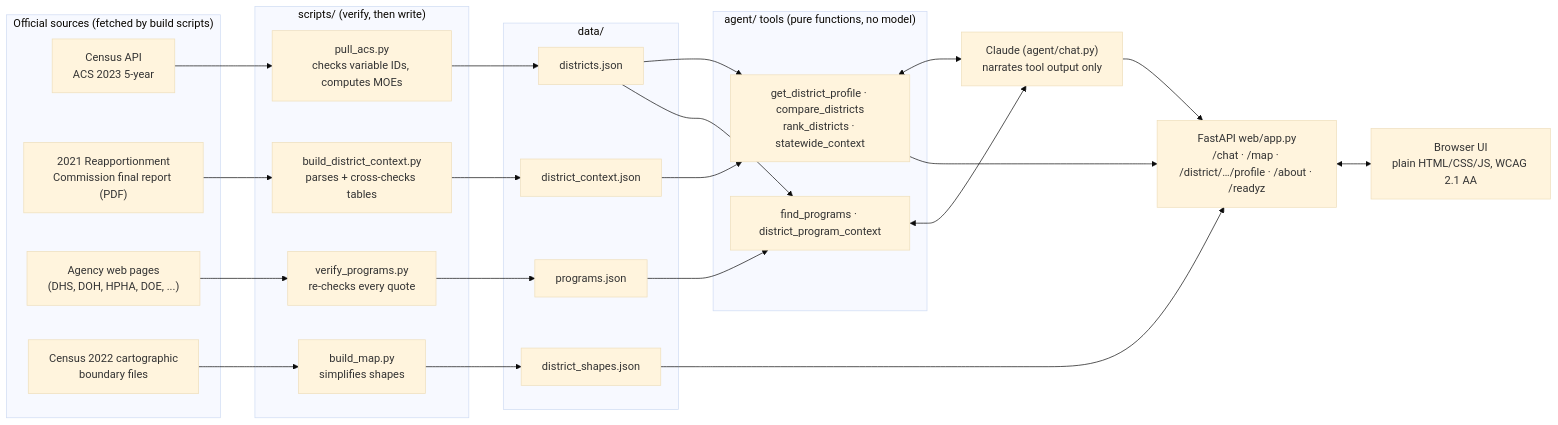
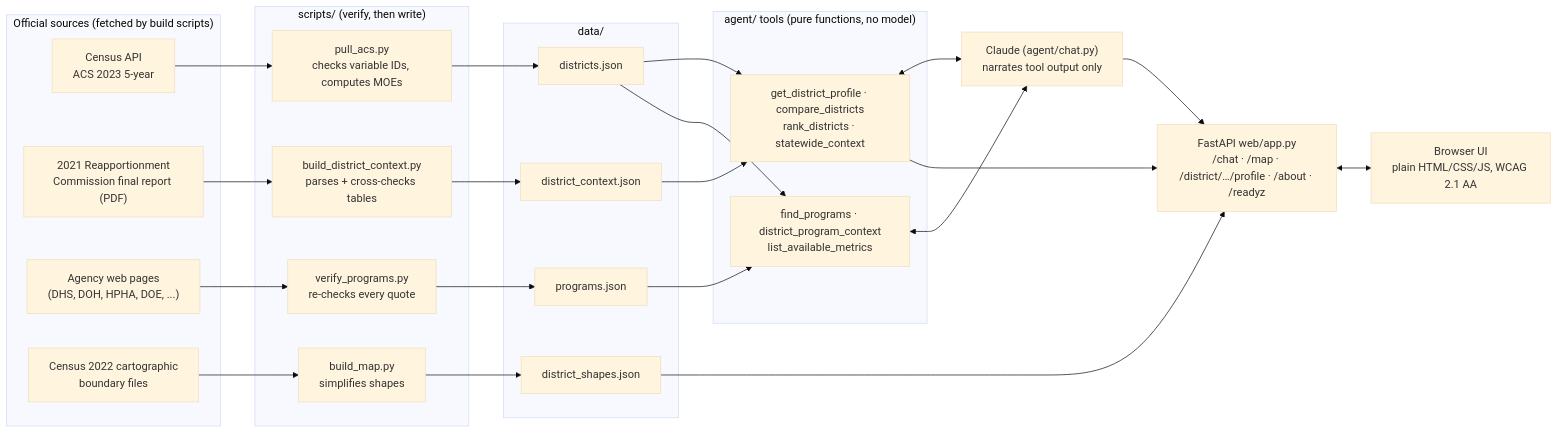
The diagram in README.md (HAIC-2026/omerta), drawn with Mermaid (base theme) before and after one commit. The commit also changed 4 other files, not shown here.

````diff
--- a/README.md
+++ b/README.md
@@ -13,40 +13,40 @@
 ```mermaid
 flowchart LR
   subgraph Sources["Official sources (fetched by build scripts)"]
     ACS["Census API<br/>ACS 2023 5-year"]
     RC["2021 Reapportionment<br/>Commission final report (PDF)"]
     AG["Agency web pages<br/>(DHS, DOH, HPHA, DOE, ...)"]
     CB["Census 2022 cartographic<br/>boundary files"]
   end
   subgraph Build["scripts/ (verify, then write)"]
     P1["pull_acs.py<br/>checks variable IDs, computes MOEs"]
     P2["build_district_context.py<br/>parses + cross-checks tables"]
     P3["verify_programs.py<br/>re-checks every quote"]
     P4["build_map.py<br/>simplifies shapes"]
   end
   subgraph Data["data/"]
     D1[districts.json]
     D2[district_context.json]
     D3[programs.json]
     D4[district_shapes.json]
   end
   subgraph Tools["agent/ tools (pure functions, no model)"]
     T1["get_district_profile · compare_districts<br/>rank_districts · statewide_context"]
-    T2["find_programs · district_program_context"]
+    T2["find_programs · district_program_context<br/>list_available_metrics"]
   end
   LLM["Claude (agent/chat.py)<br/>narrates tool output only"]
   WEB["FastAPI web/app.py<br/>/chat · /map · /district/…/profile · /about · /readyz"]
   UI["Browser UI<br/>plain HTML/CSS/JS, WCAG 2.1 AA"]
 
   ACS --> P1 --> D1
   RC --> P2 --> D2
   AG --> P3 --> D3
   CB --> P4 --> D4
   D1 & D2 --> T1
   D3 & D1 --> T2
   T1 & T2 <--> LLM
   LLM --> WEB
   T1 --> WEB
   D4 --> WEB
   WEB <--> UI
 ```
````
